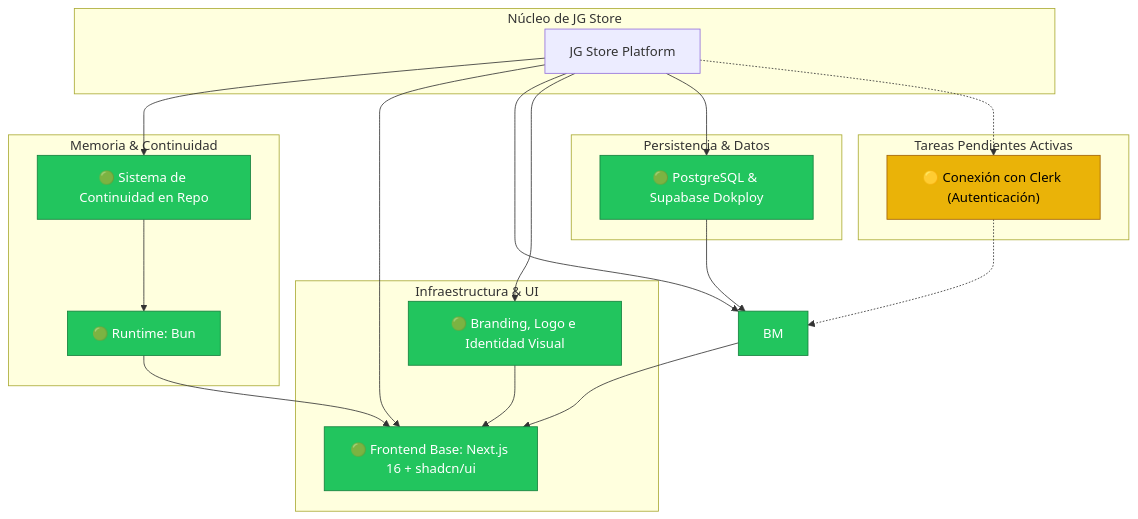
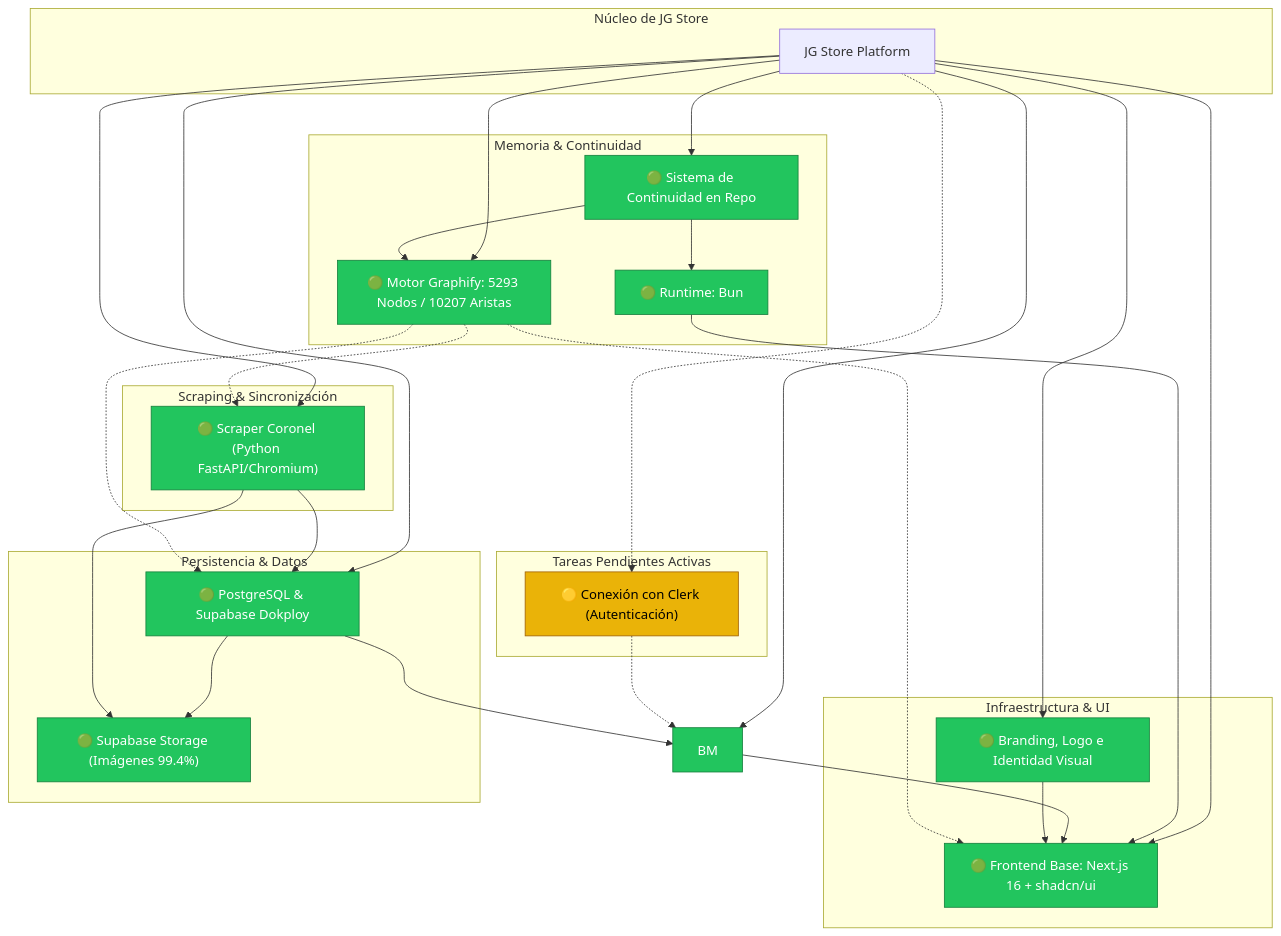
One commit to CientificoJose/jg-store changed the diagram in .agents/knowledge/graph.md. Above: the diagram before and after it, drawn with Mermaid. The commit also changed other lines of this file and 45 other files, not shown here.

Commit message:
feat(knowledge): integrar graphify como motor de grafo y actualizar documentacion

````diff
--- a/.agents/knowledge/graph.md
+++ b/.agents/knowledge/graph.md
@@ -10,45 +10,60 @@
 ```mermaid
 graph TD
     subgraph Core [Núcleo de JG Store]
         JG[JG Store Platform]
     end
 
     subgraph Memoria [Memoria & Continuidad]
         CS[🟢 Sistema de Continuidad en Repo]
         BUN[🟢 Runtime: Bun]
+        GFY[🟢 Motor Graphify: 5293 Nodos / 10207 Aristas]
     end
 
     subgraph Fundacion [Infraestructura & UI]
         FE[🟢 Frontend Base: Next.js 16 + shadcn/ui]
         BR[🟢 Branding, Logo e Identidad Visual]
     end
 
     subgraph Datos [Persistencia & Datos]
         DB["🟢 PostgreSQL & Supabase Dokploy"]
+        ST["🟢 Supabase Storage (Imágenes 99.4%)"]
+    end
+
+    subgraph Scraper [Scraping & Sincronización]
+        SC["🟢 Scraper Coronel (Python FastAPI/Chromium)"]
     end
 
     subgraph Pendientes [Tareas Pendientes Activas]
         CL["🟡 Conexión con Clerk (Autenticación)"]
     end
 
     JG --> CS
+    JG --> GFY
     JG --> FE
     CS --> BUN
+    CS --> GFY
     BUN --> FE
     
     JG --> BM
     JG --> BR
     JG --> DB
+    JG --> SC
     JG -.-> CL
     
     BM --> FE
     BR --> FE
     DB --> BM
+    DB --> ST
+    SC --> DB
+    SC --> ST
     CL -.-> BM
+    GFY -.-> FE
+    GFY -.-> DB
+    GFY -.-> SC
 
     classDef completed fill:#22c55e,stroke:#15803d,color:#fff;
     classDef pending fill:#eab308,stroke:#a16207,color:#000;
     
-    class CS,BUN,FE,BR,BM,DB completed;
+    class CS,BUN,GFY,FE,BR,BM,DB,ST,SC completed;
     class CL pending;
 ```
````
